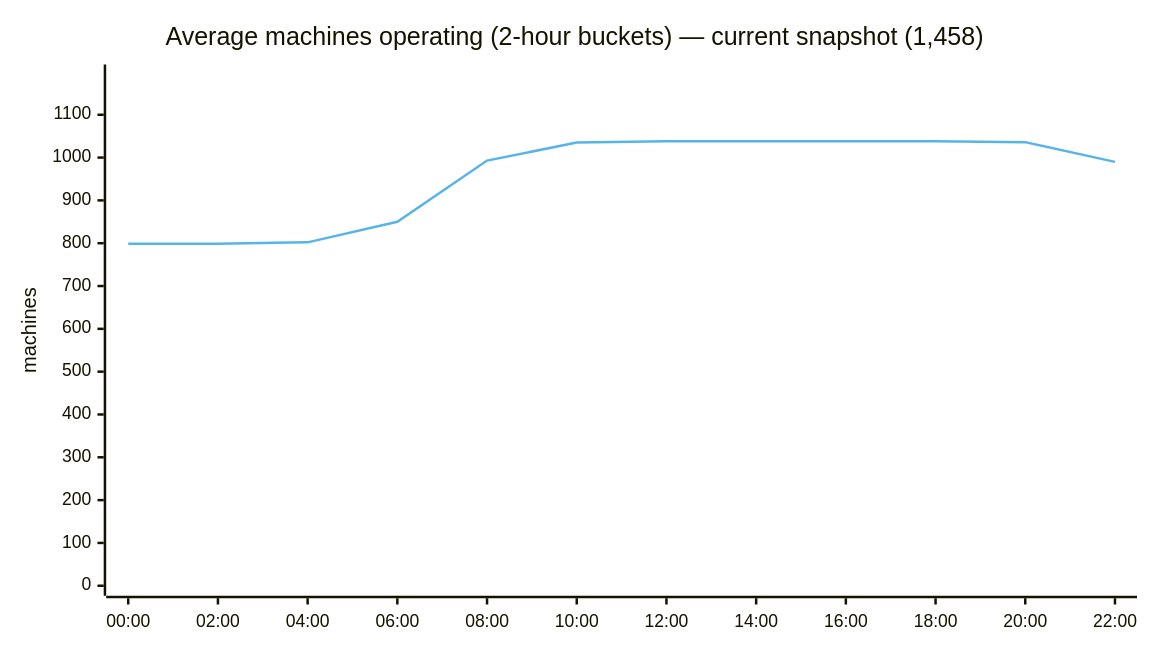
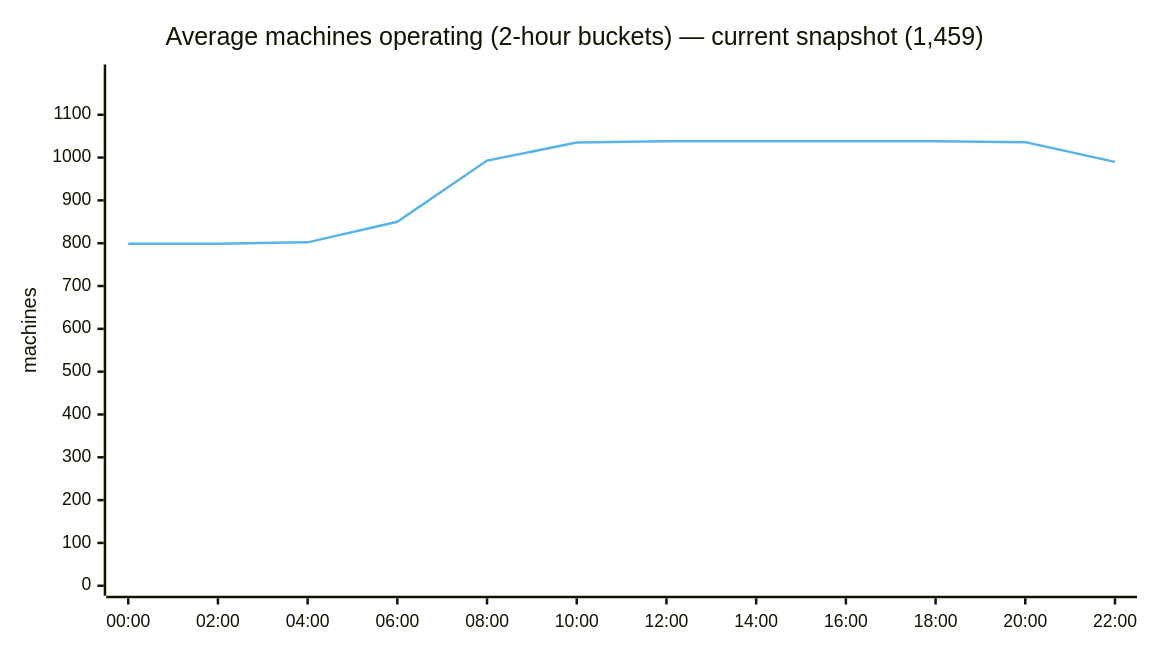
The second of 5 diagrams in ANALYSIS.md (cheeaun/returnright-data), drawn with Mermaid before and after one commit. The commit also changed other lines of this file and 4 other files, not shown here.

````diff
--- a/ANALYSIS.md
+++ b/ANALYSIS.md
@@ -64,15 +66,15 @@
 ```mermaid
 ---
 config:
   themeVariables:
     xyChart:
       plotColorPalette: "#56B4E9"
   xyChart:
     width: 900
 ---
 xychart-beta
-    title "Average machines operating (2-hour buckets) — current snapshot (1,458)"
+    title "Average machines operating (2-hour buckets) — current snapshot (1,459)"
     x-axis ["00:00", "02:00", "04:00", "06:00", "08:00", "10:00", "12:00", "14:00", "16:00", "18:00", "20:00", "22:00"]
     y-axis "machines" 0 --> 1194
     line [799, 799, 802, 850, 993, 1035, 1038, 1038, 1038, 1038, 1036, 990]
 ```
````
